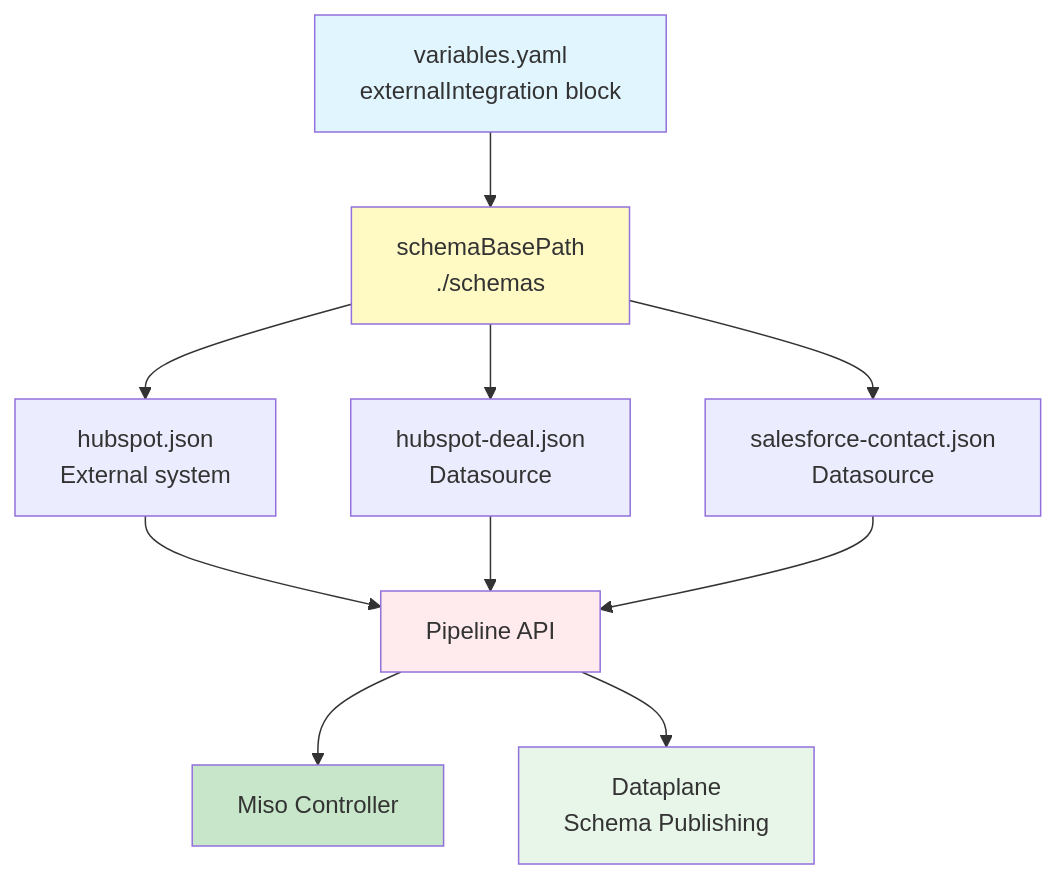
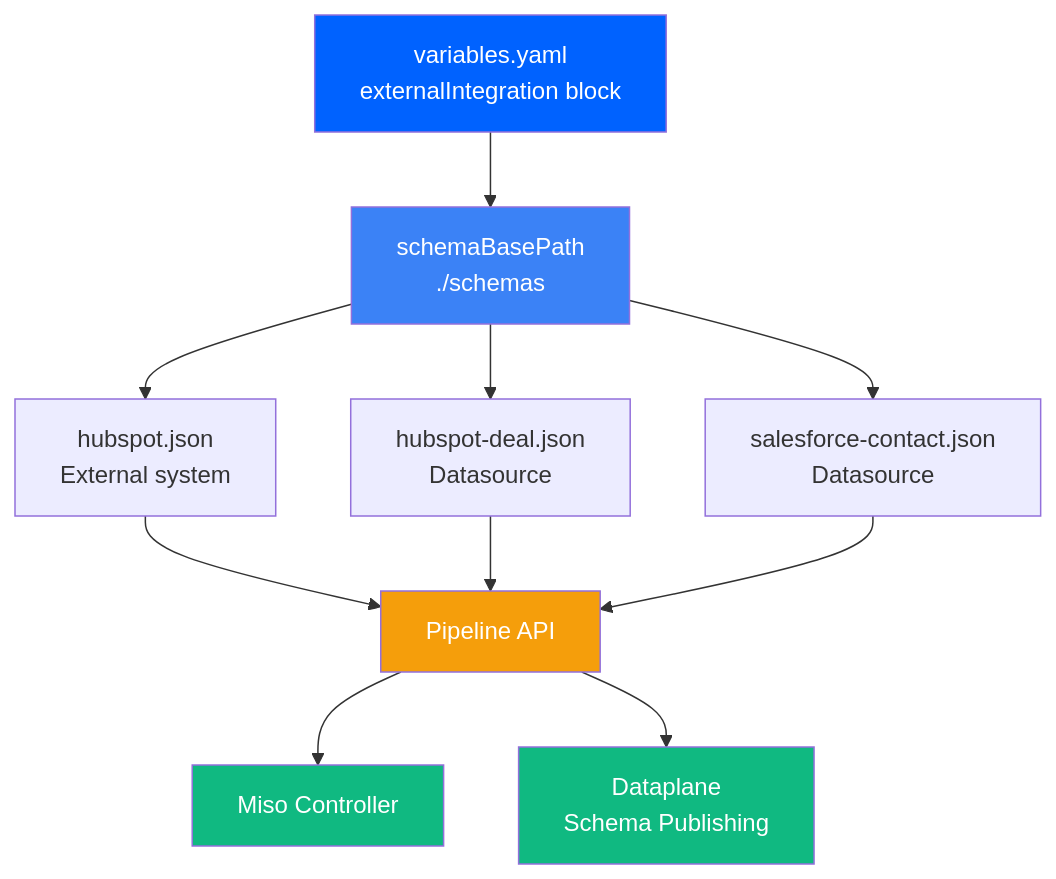
One commit to esystemsdev/aifabrix-builder changed the second of 3 diagrams in docs/CONFIGURATION.md. Above: the diagram before and after it, drawn with Mermaid. The commit also changed other lines of this file and 9 other files, not shown here.

````diff
--- a/docs/CONFIGURATION.md
+++ b/docs/CONFIGURATION.md
@@ -402,20 +402,20 @@
 ```mermaid
 graph TD
     Variables[variables.yaml<br/>externalIntegration block] --> SchemaPath[schemaBasePath<br/>./schemas]
     SchemaPath --> SystemJson[hubspot.json<br/>External system]
     SchemaPath --> DatasourceJson1[hubspot-deal.json<br/>Datasource]
     SchemaPath --> DatasourceJson2[salesforce-contact.json<br/>Datasource]
     
     SystemJson --> Pipeline[Pipeline API]
     DatasourceJson1 --> Pipeline
     DatasourceJson2 --> Pipeline
     
     Pipeline --> Controller[Miso Controller]
     Pipeline --> Dataplane[Dataplane<br/>Schema Publishing]
     
-    style Variables fill:#e1f5ff
-    style SchemaPath fill:#fff9c4
-    style Pipeline fill:#ffebee
-    style Controller fill:#c8e6c9
-    style Dataplane fill:#e8f5e9
+    style Variables fill:#0062FF,color:#FFFFFF
+    style SchemaPath fill:#3B82F6,color:#FFFFFF
+    style Pipeline fill:#F59E0B,color:#FFFFFF
+    style Controller fill:#10B981,color:#FFFFFF
+    style Dataplane fill:#10B981,color:#FFFFFF
 ```
````
